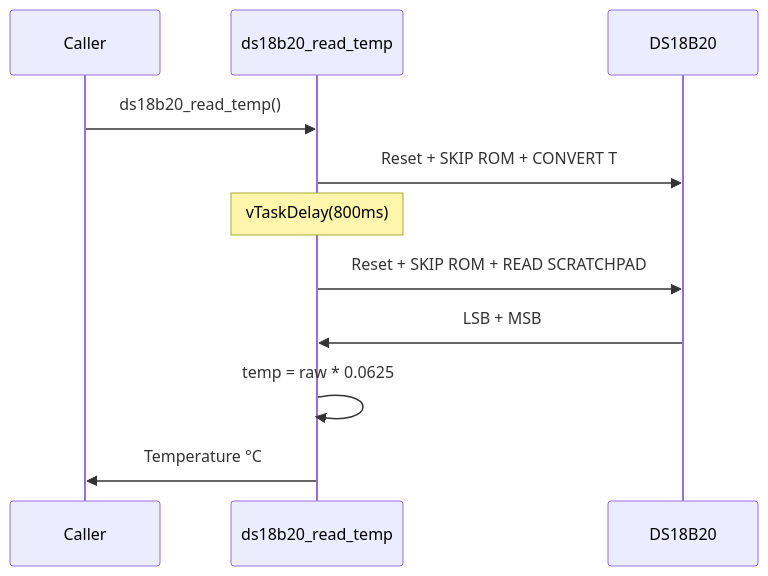
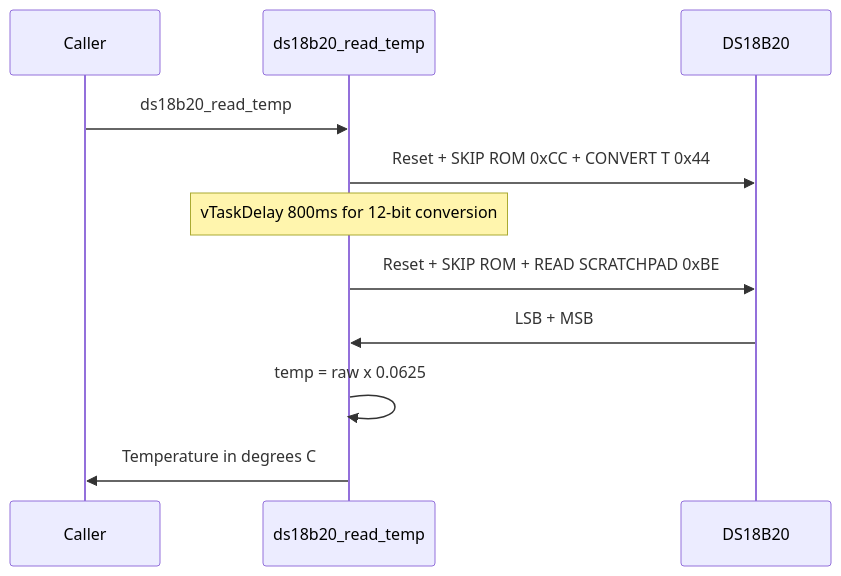
Before and after one commit to MYP-Tech/smart-goat-health-band: the third of 4 diagrams in docs/04_MODULE_REFERENCE.md, drawn with Mermaid. The commit also changed other lines of this file and 6 other files, not shown here.

````diff
--- a/docs/04_MODULE_REFERENCE.md
+++ b/docs/04_MODULE_REFERENCE.md
@@ -137,13 +185,13 @@
 ```mermaid
 sequenceDiagram
     participant APP as Caller
     participant DRV as ds18b20_read_temp
     participant DS as DS18B20
-    APP->>DRV: ds18b20_read_temp()
-    DRV->>DS: Reset + SKIP ROM + CONVERT T
-    Note over DRV: vTaskDelay(800ms)
-    DRV->>DS: Reset + SKIP ROM + READ SCRATCHPAD
+    APP->>DRV: ds18b20_read_temp
+    DRV->>DS: Reset + SKIP ROM 0xCC + CONVERT T 0x44
+    Note over DRV: vTaskDelay 800ms for 12-bit conversion
+    DRV->>DS: Reset + SKIP ROM + READ SCRATCHPAD 0xBE
     DS->>DRV: LSB + MSB
-    DRV->>DRV: temp = raw * 0.0625
-    DRV->>APP: Temperature °C
+    DRV->>DRV: temp = raw x 0.0625
+    DRV->>APP: Temperature in degrees C
 ```
````
